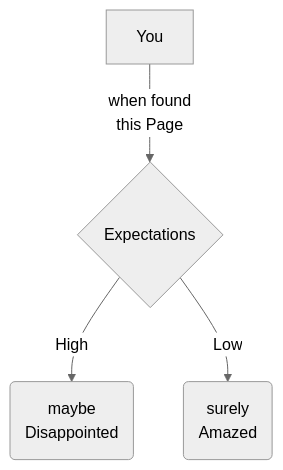
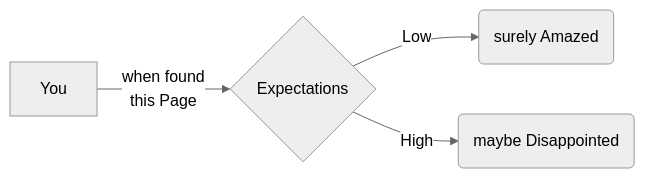
Before and after one commit to Mauwii/django_devops: the diagram in docs/index.md, drawn with Mermaid (neutral theme). The commit also changed other lines of this file and 17 other files, not shown here.

Commit message:
updates to docs, pipelines and settings - updated docs - publish docs for main branch - added path to mkdocs yaml schema in .vscode/settings - trigger pipeline also for issue/ and feature/ branches    - execlude feature/experimental/ since it has a seperate pipeline

````diff
--- a/docs/index.md
+++ b/docs/index.md
@@ -25,6 +25,6 @@
 ``` mermaid
-graph TD
-  You[You] -->|when found<br>this Page| expectation{Expectations}
-  expectation{Expectations} -->|High| Disappointed(maybe<br>Disappointed)
-  expectation{Expectations} -->|Low| Amazed(surely<br>Amazed)
+graph LR;
+    You[You] -->|when found<br>this Page| expectation{Expectations};
+    expectation{Expectations} -->|Low| Amazed(surely Amazed );
+    expectation{Expectations} -->|High| Disappointed(maybe Disappointed);
 ```
````
